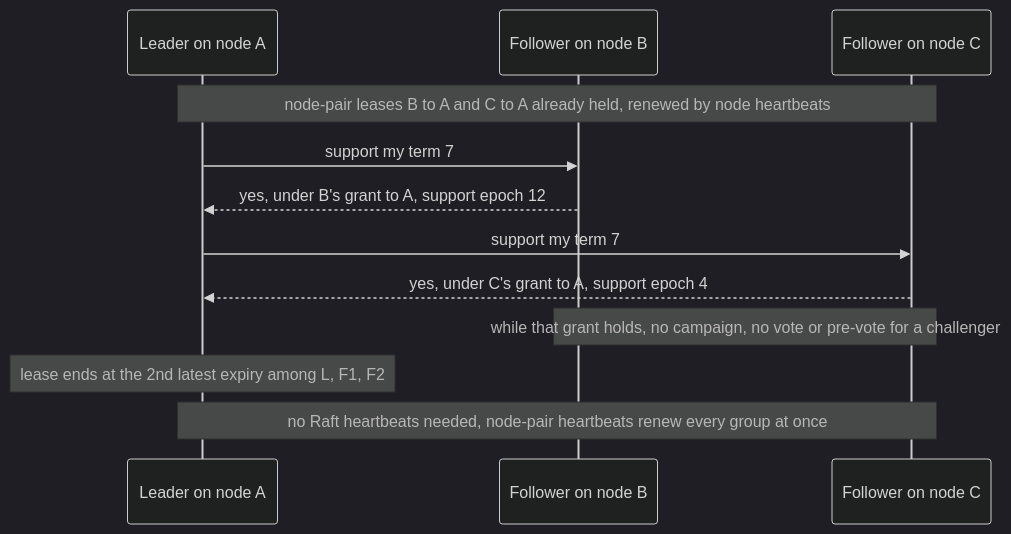
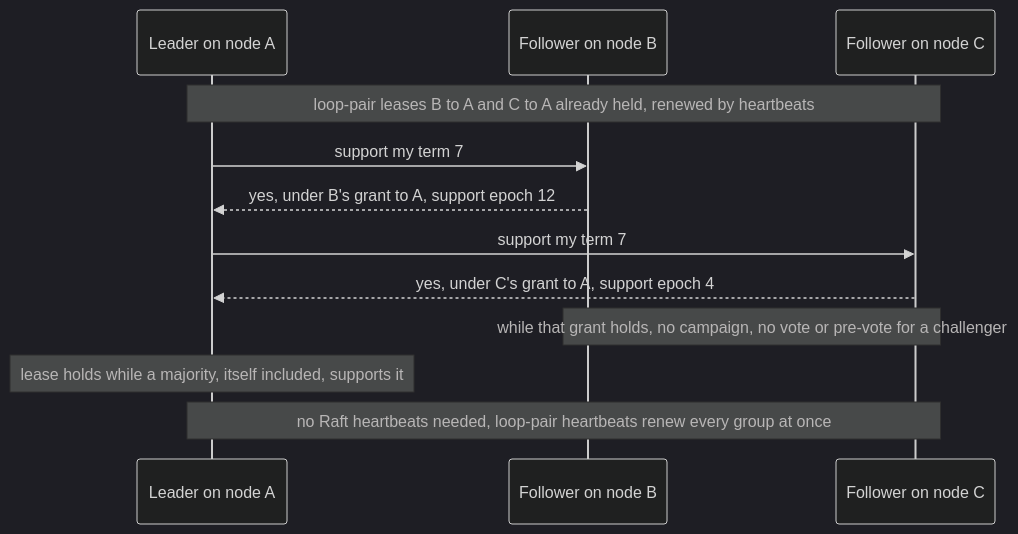
One commit to nvcnvn/rock-solid changed the sixth of 6 diagrams in blogs/08-the-metastore.md. Above: the diagram before and after it, drawn with Mermaid (dark theme). The commit also changed other lines of this file, not shown here.

First line of the commit message:
Bring post 08 to the agreed level: loop-pair leases, the fork in third_party, no status

````diff
--- a/blogs/08-the-metastore.md
+++ b/blogs/08-the-metastore.md
@@ -598,14 +554,14 @@
 ```mermaid
 sequenceDiagram
     participant L as Leader on node A
     participant F1 as Follower on node B
     participant F2 as Follower on node C
-    Note over L,F2: node-pair leases B to A and C to A already held, renewed by node heartbeats
+    Note over L,F2: loop-pair leases B to A and C to A already held, renewed by heartbeats
     L->>F1: support my term 7
     F1-->>L: yes, under B's grant to A, support epoch 12
     L->>F2: support my term 7
     F2-->>L: yes, under C's grant to A, support epoch 4
     Note over F1,F2: while that grant holds, no campaign, no vote or pre-vote for a challenger
-    Note over L: lease ends at the 2nd latest expiry among L, F1, F2
-    Note over L,F2: no Raft heartbeats needed, node-pair heartbeats renew every group at once
+    Note over L: lease holds while a majority, itself included, supports it
+    Note over L,F2: no Raft heartbeats needed, loop-pair heartbeats renew every group at once
 ```
````
